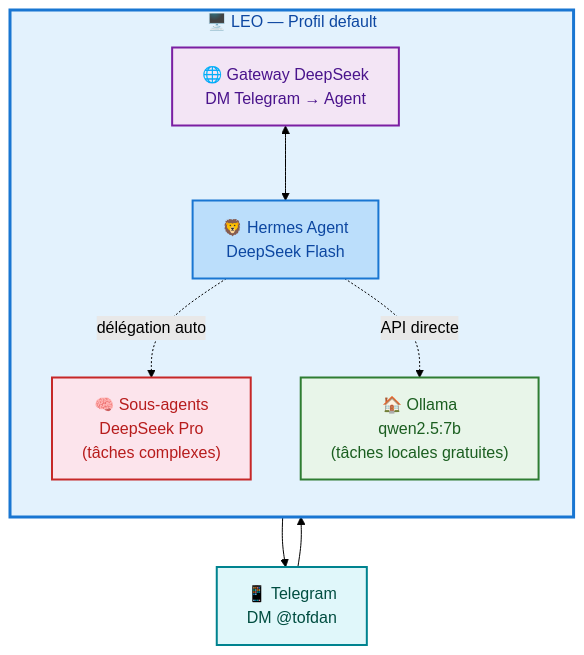
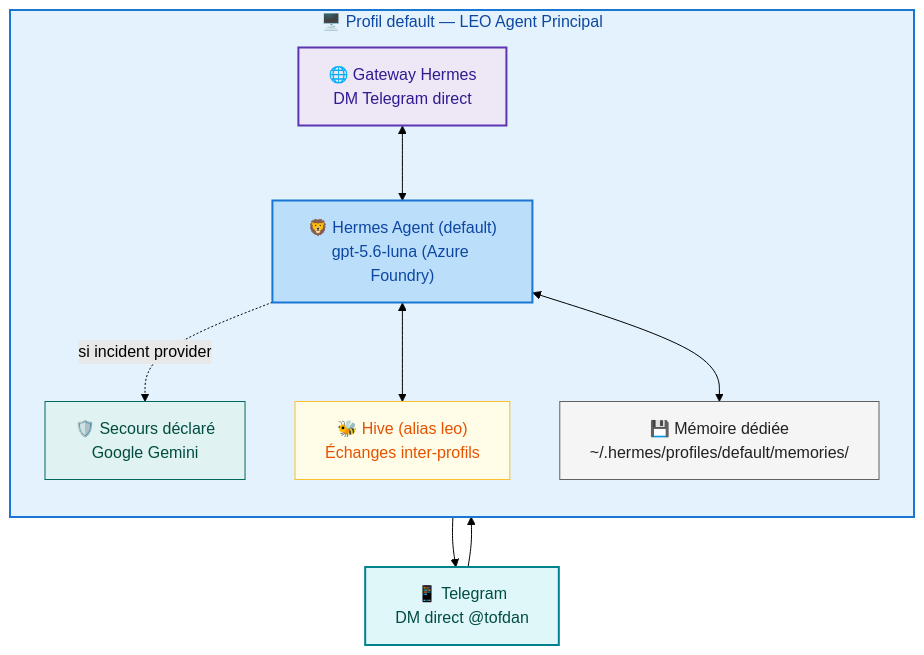
The second of 9 diagrams in docs/hermes/architecture-communication.md (christophedanhier-hash/hermes-wiki), drawn with Mermaid (forest theme) before and after one commit. The commit also changed other lines of this file and 3 other files, not shown here.

Commit message:
docs(hermes): update communication architecture and changelog

````diff
--- a/docs/hermes/architecture-communication.md
+++ b/docs/hermes/architecture-communication.md
@@ -90,26 +117,29 @@
 ```mermaid
 flowchart TB
-    subgraph SERVEUR["🖥️ LEO — Profil default"]
+    subgraph SERVEUR["🖥️ Profil default — LEO Agent Principal"]
         direction TB
-        Gateway["🌐 Gateway DeepSeek<br/>DM Telegram → Agent"]
-        Hermes["🦁 Hermes Agent<br/>DeepSeek Flash"]
-        SubAgent["🧠 Sous-agents<br/>DeepSeek Pro<br/>(tâches complexes)"]
-        Ollama["🏠 Ollama<br/>qwen2.5:7b<br/>(tâches locales gratuites)"]
+        Gateway["🌐 Gateway Hermes<br/>DM Telegram direct"]
+        Hermes["🦁 Hermes Agent (default)<br/>gpt-5.6-luna (Azure Foundry)"]
+        Fallback["🛡️ Secours déclaré<br/>Google Gemini"]
+        Hive_Node["🐝 Hive (alias leo)<br/>Échanges inter-profils"]
+        Mem["💾 Mémoire dédiée<br/>~/.hermes/profiles/default/memories/"]
 
         Gateway <--> Hermes
-        Hermes -.->|"délégation auto"| SubAgent
-        Hermes -.->|"API directe"| Ollama
+        Hermes -.->|"si incident provider"| Fallback
+        Hermes <--> Hive_Node
+        Hermes <--> Mem
     end
 
-    TG["📱 Telegram<br/>DM @tofdan"]
+    TG["📱 Telegram<br/>DM direct @tofdan"]
 
     TG --> Gateway
     Gateway --> TG
 
-    style SERVEUR fill:#e3f2fd,stroke:#1976d2,stroke-width:3px,color:#0d47a1
+    style SERVEUR fill:#e3f2fd,stroke:#1976d2,stroke-width:2px,color:#0d47a1
     style Hermes fill:#bbdefb,stroke:#1976d2,stroke-width:2px,color:#0d47a1
-    style Gateway fill:#f3e5f5,stroke:#7b1fa2,stroke-width:2px,color:#4a148c
-    style SubAgent fill:#fce4ec,stroke:#c62828,stroke-width:2px,color:#b71c1c
-    style Ollama fill:#e8f5e9,stroke:#2e7d32,stroke-width:2px,color:#1b5e20
+    style Gateway fill:#ede7f6,stroke:#5e35b1,stroke-width:2px,color:#311b92
+    style Fallback fill:#e0f2f1,stroke:#00695c,stroke-width:1px,color:#004d40
+    style Hive_Node fill:#fffde7,stroke:#fbc02d,stroke-width:1px,color:#e65100
+    style Mem fill:#f5f5f5,stroke:#616161,stroke-width:1px,color:#212121
     style TG fill:#e0f7fa,stroke:#00838f,stroke-width:2px,color:#004d40
 ```
````
